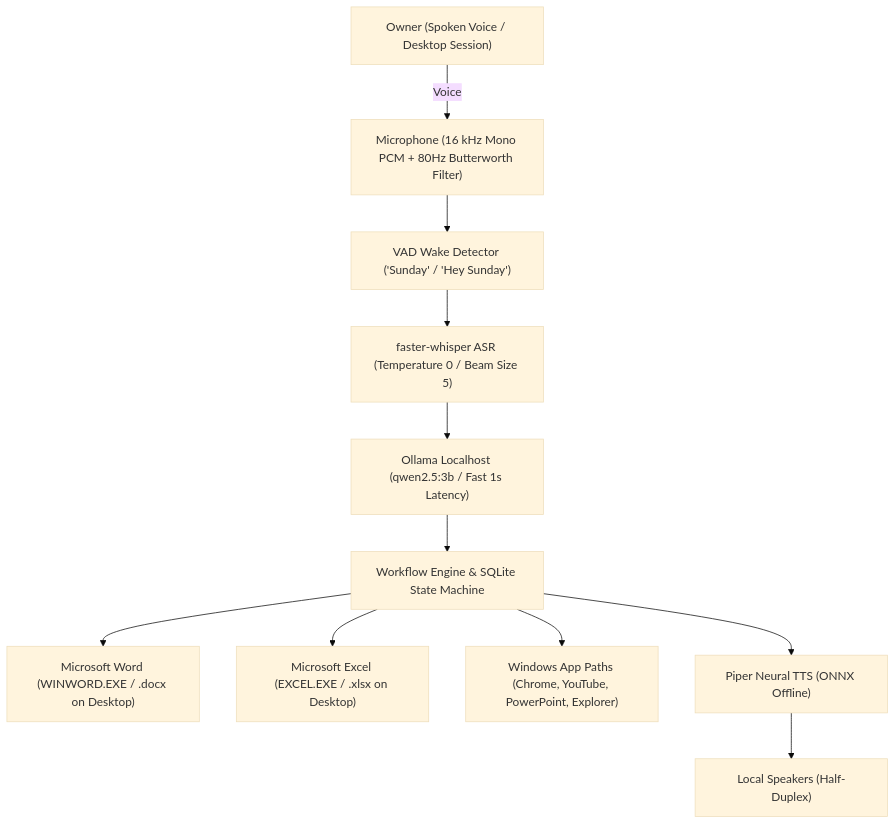
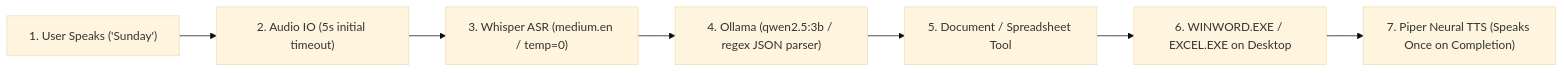
One commit to obaidsayyed/codekshetra changed the diagram in BUILD_REPORT.md. Above: the diagram before and after it, drawn with Mermaid (base theme). The commit also changed other lines of this file, not shown here.

Commit message:
docs: update BUILD_REPORT.md with 19.8s test execution and completed workflow

````diff
--- a/BUILD_REPORT.md
+++ b/BUILD_REPORT.md
@@ -21,25 +23,9 @@
 ```mermaid
-flowchart TD
-    User["Owner (Spoken Voice / Desktop Session)"]
-    Mic["Microphone (16 kHz Mono PCM + 80Hz Butterworth Filter)"]
-    WW["VAD Wake Detector ('Sunday' / 'Hey Sunday')"]
-    STT["faster-whisper ASR (Temperature 0 / Beam Size 5)"]
-    Brain["Ollama Localhost (qwen2.5:3b / Fast 1s Latency)"]
-    Orch["Workflow Engine & SQLite State Machine"]
-    Word["Microsoft Word (WINWORD.EXE / .docx on Desktop)"]
-    Excel["Microsoft Excel (EXCEL.EXE / .xlsx on Desktop)"]
-    Apps["Windows App Paths (Chrome, YouTube, PowerPoint, Explorer)"]
-    TTS["Piper Neural TTS (ONNX Offline)"]
-    Spk["Local Speakers (Half-Duplex)"]
-
-    User -->|Voice| Mic
-    Mic --> WW
-    WW --> STT
-    STT --> Brain
-    Brain --> Orch
-    Orch --> Word
-    Orch --> Excel
-    Orch --> Apps
-    Orch --> TTS
-    TTS --> Spk
+flowchart LR
+    User["1. User Speaks ('Sunday')"] --> Mic["2. Audio IO (5s initial timeout)"]
+    Mic --> STT["3. Whisper ASR (medium.en / temp=0)"]
+    STT --> LLM["4. Ollama (qwen2.5:3b / regex JSON parser)"]
+    LLM --> Exec["5. Document / Spreadsheet Tool"]
+    Exec --> Live["6. WINWORD.EXE / EXCEL.EXE on Desktop"]
+    Live --> TTS["7. Piper Neural TTS (Speaks Once on Completion)"]
 ```
````
